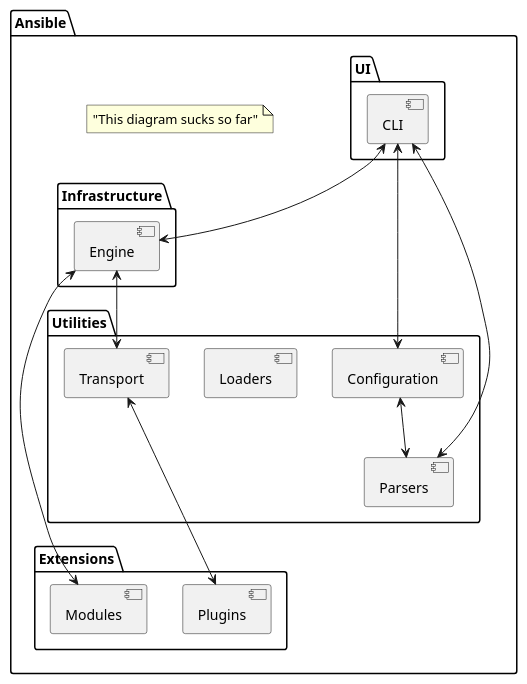
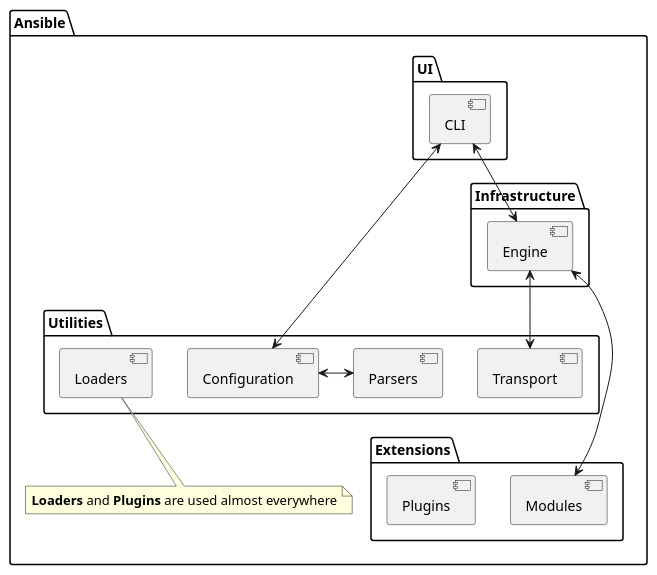
Before and after one commit to ezequiels/nazz: the diagram in project/uml/ansibleElements.puml, drawn with PlantUML. The commit also changed 2 other files, not shown here.

Commit message:
Diagram updates.

```diff
--- a/project/uml/ansibleElements.puml
+++ b/project/uml/ansibleElements.puml
@@ -1,39 +1,34 @@
 @startuml
 
 package "Ansible" {
 
     package "UI" {
         [CLI]
     }
 
     package "Infrastructure" {
         [Engine]
     }
 
-    package "Utilities" {
-        [Loaders]
+    package "Utilities" as utilities{
         [Parsers]
         [Transport]
         [Configuration]
+        [Loaders]
     }
 
-    package "Extensions" {
+    package "Extensions" as extensions {
         [Modules]
         [Plugins]
     }
 
     [CLI] <--> [Engine]
     [CLI] <-> [Configuration]
-    [Configuration] <--> [Parsers]
-    [CLI] <--> [Parsers]
+    [Configuration] <-> [Parsers]
     [Engine] <--> [Transport]
-    [Transport] <---> [Plugins]
-    [Engine] <--> [Modules]
+    [Engine] <---> [Modules]
 
-
-    note as Note
-     "This diagram sucks so far"
-    end note
+    note bottom of Loaders: <b>Loaders</b> and <b>Plugins</b> are used almost everywhere
 }
 
 @enduml
```
